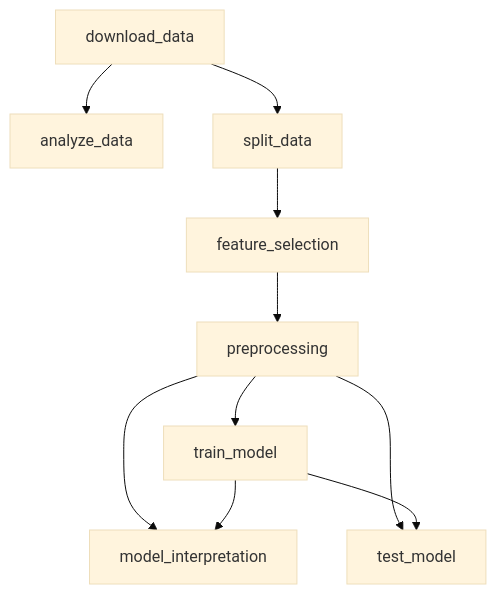
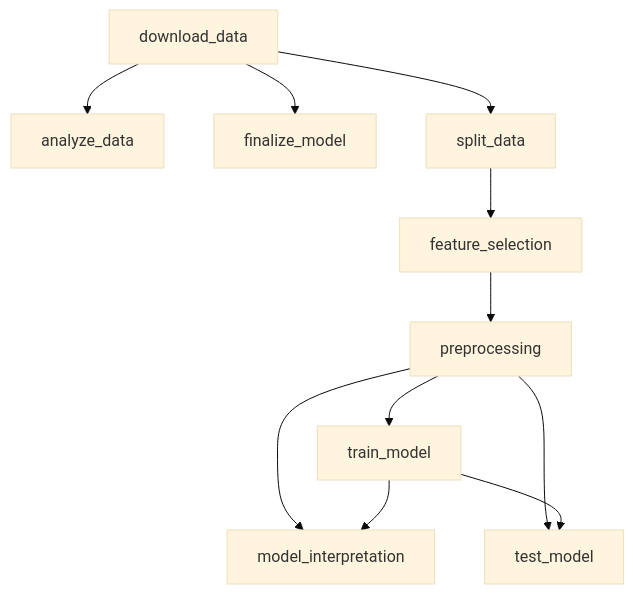
The diagram in dag.md (pirocheto/phishing-url-detection), drawn with Mermaid (base theme) before and after one commit. The commit also changed 30 other files, not shown here.

````diff
--- a/dag.md
+++ b/dag.md
@@ -1,20 +1,22 @@
 ```mermaid
 flowchart TD
 	node1["analyze_data"]
 	node2["download_data"]
 	node3["feature_selection"]
-	node4["model_interpretation"]
-	node5["preprocessing"]
-	node6["split_data"]
-	node7["test_model"]
-	node8["train_model"]
+	node4["finalize_model"]
+	node5["model_interpretation"]
+	node6["preprocessing"]
+	node7["split_data"]
+	node8["test_model"]
+	node9["train_model"]
 	node2-->node1
-	node2-->node6
-	node3-->node5
-	node5-->node4
-	node5-->node7
-	node5-->node8
-	node6-->node3
-	node8-->node4
-	node8-->node7
+	node2-->node4
+	node2-->node7
+	node3-->node6
+	node6-->node5
+	node6-->node8
+	node6-->node9
+	node7-->node3
+	node9-->node5
+	node9-->node8
 ```
````
